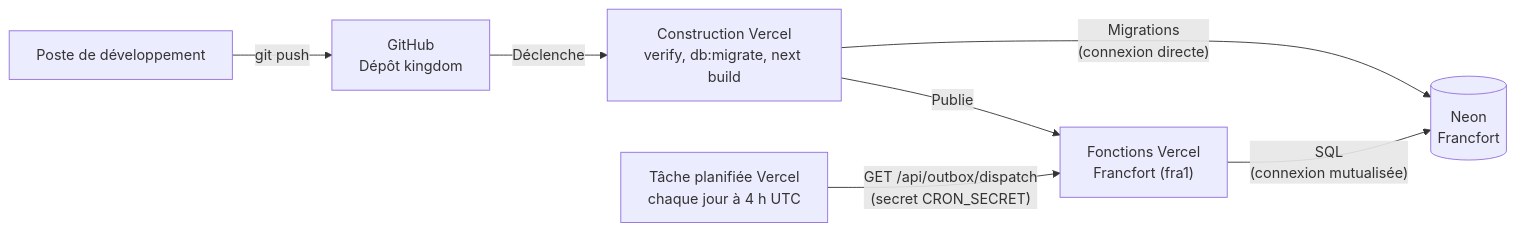
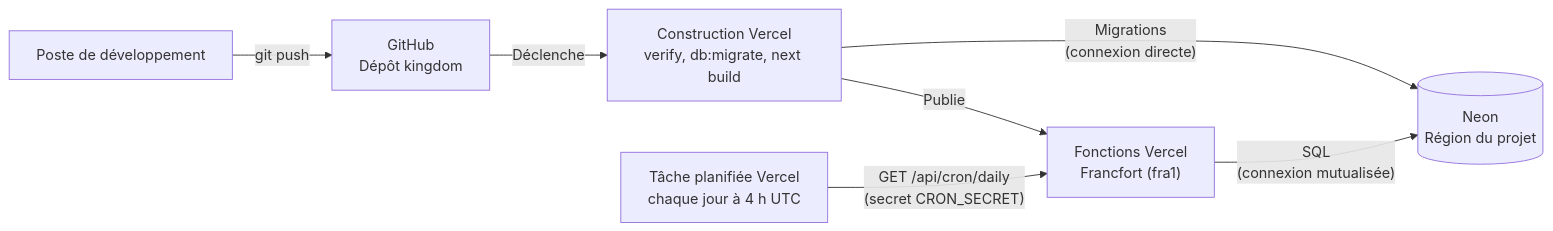
Before and after one commit to leon-morival/kingdom: the fourth of 4 diagrams in docs/architecture.md, drawn with Mermaid. The commit also changed other lines of this file and 3 other files, not shown here.

Commit message:
docs: describe tavern privacy flows and validate production behavior

````diff
--- a/docs/architecture.md
+++ b/docs/architecture.md
@@ -137,9 +155,9 @@
 ```mermaid
 flowchart LR
   poste["Poste de développement"] -->|"git push"| github["GitHub<br/>Dépôt kingdom"]
   github -->|"Déclenche"| build["Construction Vercel<br/>verify, db:migrate, next build"]
-  build -->|"Migrations<br/>(connexion directe)"| neon[("Neon<br/>Francfort")]
+  build -->|"Migrations<br/>(connexion directe)"| neon[("Neon<br/>Région du projet")]
   build -->|"Publie"| fonctions["Fonctions Vercel<br/>Francfort (fra1)"]
   fonctions -->|"SQL<br/>(connexion mutualisée)"| neon
-  cron["Tâche planifiée Vercel<br/>chaque jour à 4 h UTC"] -->|"GET /api/outbox/dispatch<br/>(secret CRON_SECRET)"| fonctions
+  cron["Tâche planifiée Vercel<br/>chaque jour à 4 h UTC"] -->|"GET /api/cron/daily<br/>(secret CRON_SECRET)"| fonctions
 ```
````
